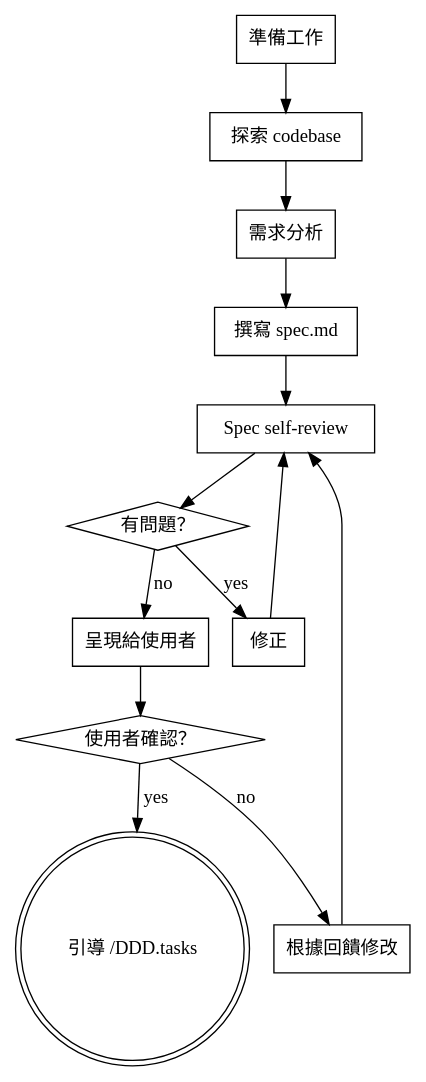
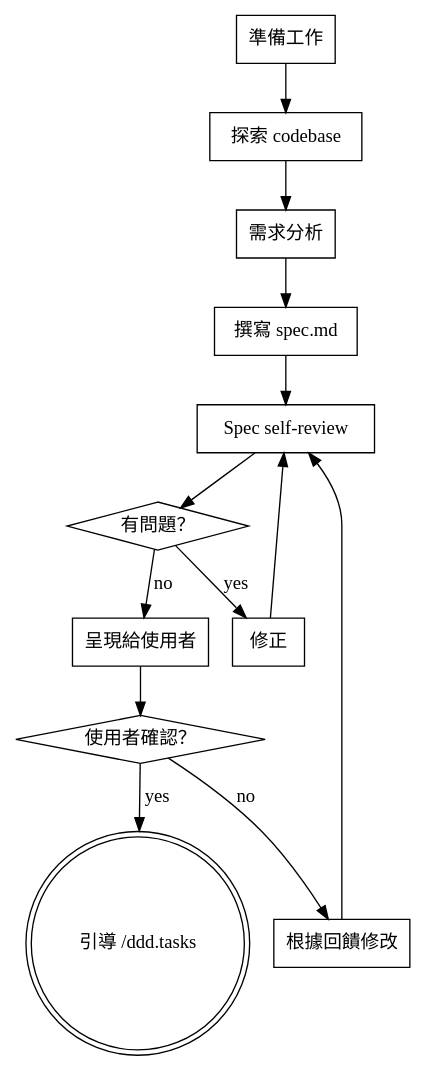
The diagram in skills/ddd.spec/SKILL.md (applepig/ddd-workflow), drawn with Graphviz before and after one commit. The commit also changed other lines of this file and 13 other files, not shown here.

````diff
--- a/skills/ddd.spec/SKILL.md
+++ b/skills/ddd.spec/SKILL.md
@@ -33,28 +33,28 @@
 ```dot
 digraph spec_flow {
     "準備工作" [shape=box];
     "探索 codebase" [shape=box];
     "需求分析" [shape=box];
     "撰寫 spec.md" [shape=box];
     "Spec self-review" [shape=box];
     "有問題？" [shape=diamond];
     "修正" [shape=box];
     "呈現給使用者" [shape=box];
     "使用者確認？" [shape=diamond];
     "根據回饋修改" [shape=box];
-    "引導 /DDD.tasks" [shape=doublecircle];
+    "引導 /ddd.tasks" [shape=doublecircle];
 
     "準備工作" -> "探索 codebase";
     "探索 codebase" -> "需求分析";
     "需求分析" -> "撰寫 spec.md";
     "撰寫 spec.md" -> "Spec self-review";
     "Spec self-review" -> "有問題？";
     "有問題？" -> "修正" [label="yes"];
     "修正" -> "Spec self-review";
     "有問題？" -> "呈現給使用者" [label="no"];
     "呈現給使用者" -> "使用者確認？";
     "使用者確認？" -> "根據回饋修改" [label="no"];
     "根據回饋修改" -> "Spec self-review";
-    "使用者確認？" -> "引導 /DDD.tasks" [label="yes"];
+    "使用者確認？" -> "引導 /ddd.tasks" [label="yes"];
 }
 ```
````
